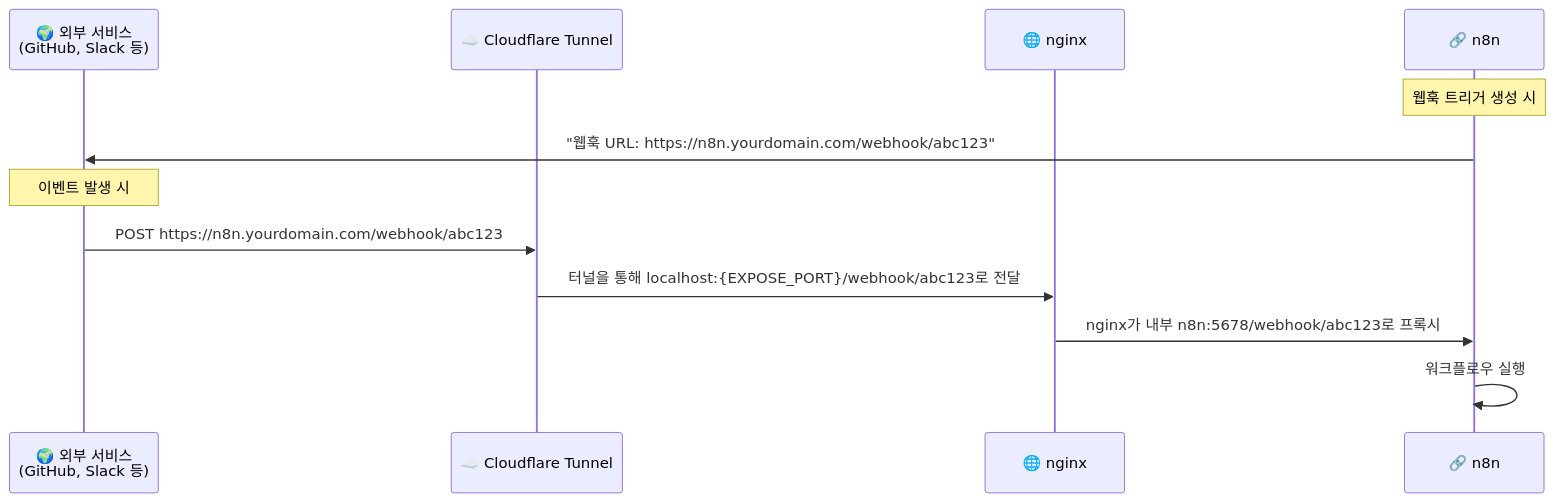
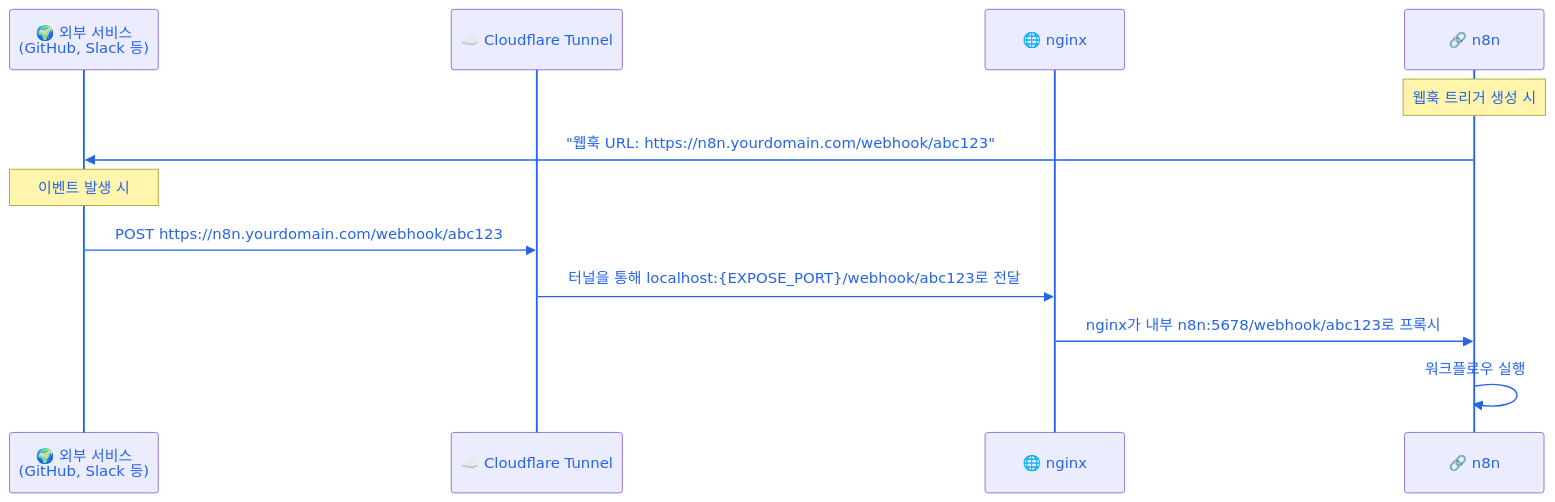
The fifth of 5 diagrams in README.md (GzuPark/n8n-custom), drawn with Mermaid before and after one commit. The commit also changed other lines of this file, not shown here.

Commit message:
Update README.md to change the text editor from nano to vim, enhance mermaid diagrams with color settings, and reorganize the PostgreSQL initialization script location.

````diff
--- a/README.md
+++ b/README.md
@@ -272,16 +304,17 @@
 ```mermaid
+%%{init: {'theme':'default', 'themeVariables': {'fontFamily': 'Arial, sans-serif', 'fontSize': '14px', 'primaryTextColor': '#2563eb', 'signalTextColor': '#2563eb', 'labelTextColor': '#2563eb', 'actorTextColor': '#2563eb', 'messageText': '#2563eb', 'noteTextColor': '#2563eb', 'loopTextColor': '#2563eb', 'signalColor': '#2563eb', 'lineColor': '#2563eb', 'messageLine0': '#2563eb', 'messageLine1': '#2563eb', 'actorLineColor': '#2563eb'}}}%%
 sequenceDiagram
     participant EXT as 🌍 외부 서비스<br/>(GitHub, Slack 등)
     participant CF as ☁️ Cloudflare Tunnel
     participant NGX as 🌐 nginx
     participant N8N as 🔗 n8n
     
     Note over N8N: 웹훅 트리거 생성 시
     N8N->>EXT: "웹훅 URL: https://n8n.yourdomain.com/webhook/abc123"
     
     Note over EXT: 이벤트 발생 시
     EXT->>CF: POST https://n8n.yourdomain.com/webhook/abc123
     CF->>NGX: 터널을 통해 localhost:{EXPOSE_PORT}/webhook/abc123로 전달
     NGX->>N8N: nginx가 내부 n8n:5678/webhook/abc123로 프록시
     N8N->>N8N: 워크플로우 실행
 ```
````
